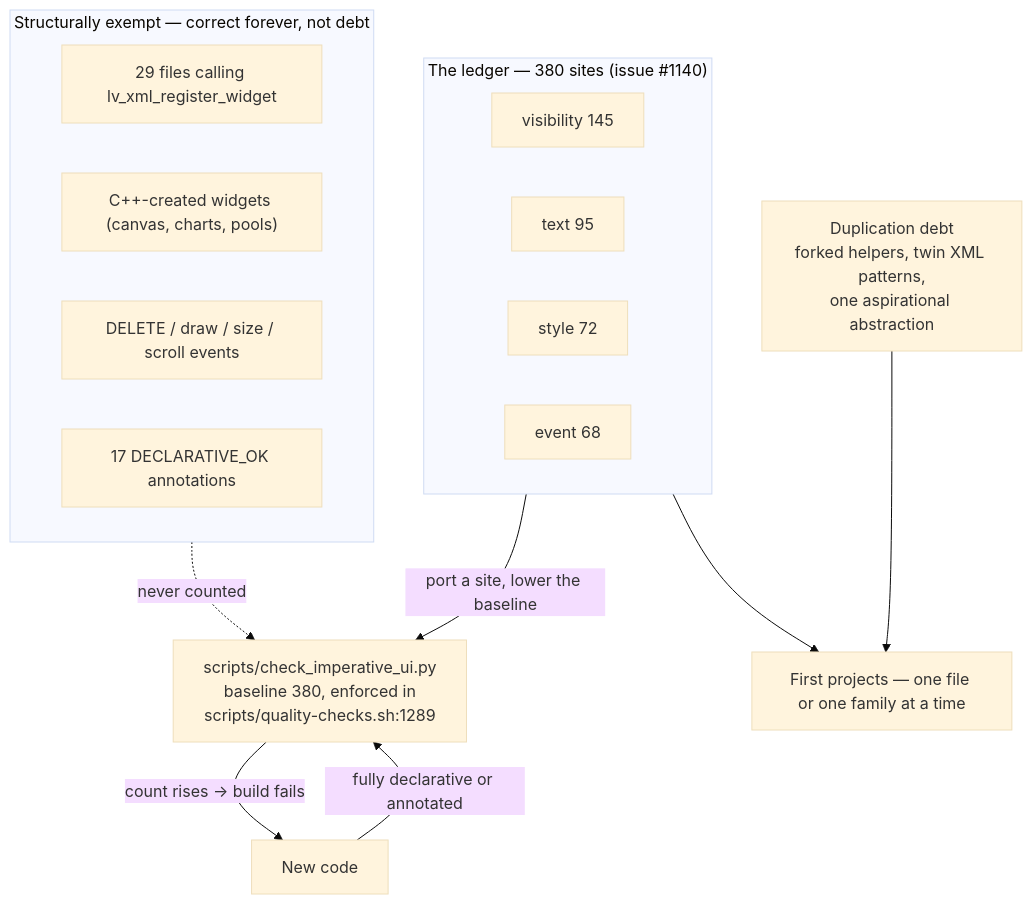
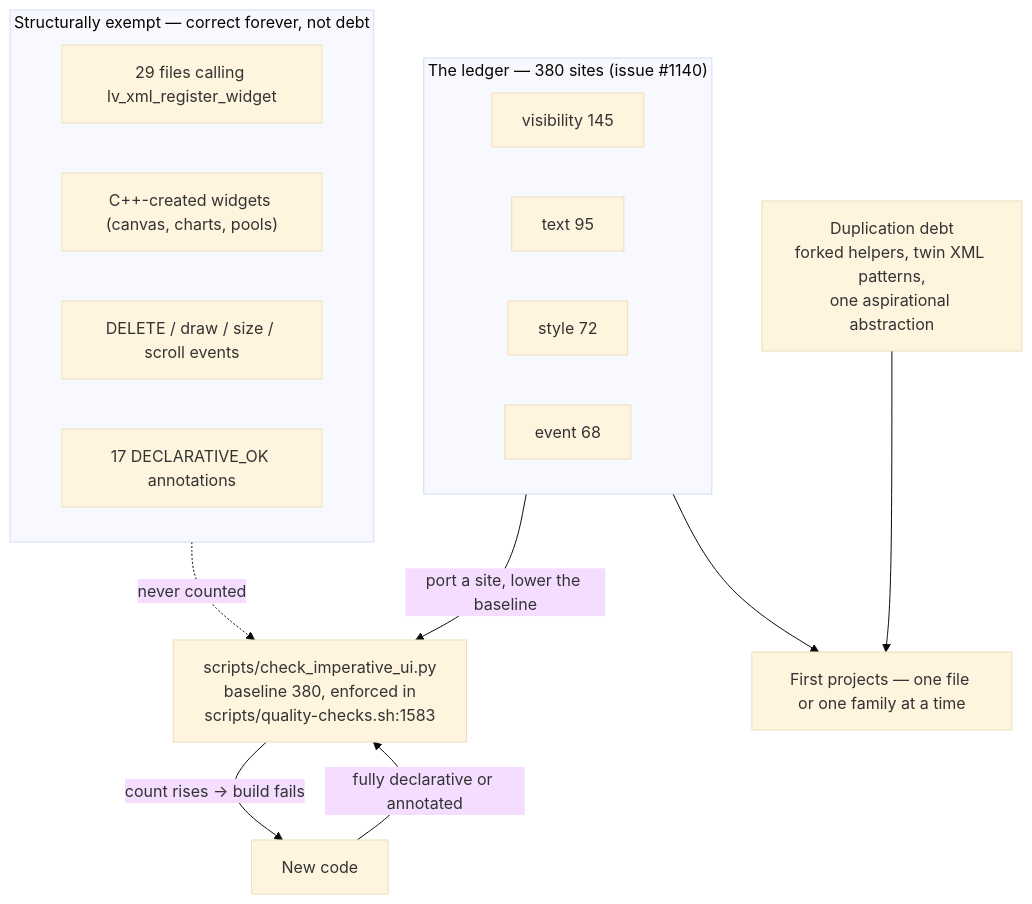
The diagram in docs/devel/architecture/15-known-debt.md (prestonbrown/helixscreen), drawn with Mermaid (base theme) before and after one commit. The commit also changed other lines of this file and 2 other files, not shown here.

First line of the commit message:
docs: re-aim four quality-checks.sh citations at the lines they describe

````diff
--- a/docs/devel/architecture/15-known-debt.md
+++ b/docs/devel/architecture/15-known-debt.md
@@ -7,26 +7,26 @@
 ```mermaid
 flowchart TD
     NEW["New code"] -->|"fully declarative or annotated"| GATE
 
     subgraph LEDGER["The ledger — 380 sites (issue #1140)"]
         V["visibility 145"]
         T["text 95"]
         S["style 72"]
         E["event 68"]
     end
 
-    GATE["scripts/check_imperative_ui.py<br/>baseline 380, enforced in<br/>scripts/quality-checks.sh:1289"]
+    GATE["scripts/check_imperative_ui.py<br/>baseline 380, enforced in<br/>scripts/quality-checks.sh:1583"]
     LEDGER -->|"port a site, lower the baseline"| GATE
     GATE -->|"count rises → build fails"| NEW
 
     subgraph EXEMPT["Structurally exempt — correct forever, not debt"]
         W["29 files calling lv_xml_register_widget"]
         C["C++-created widgets (canvas, charts, pools)"]
         H["DELETE / draw / size / scroll events"]
         A["17 DECLARATIVE_OK annotations"]
     end
     EXEMPT -.->|"never counted"| GATE
 
     DUP["Duplication debt<br/>forked helpers, twin XML patterns,<br/>one aspirational abstraction"] --> PROJECTS
     LEDGER --> PROJECTS["First projects — one file or one family at a time"]
 ```
````
